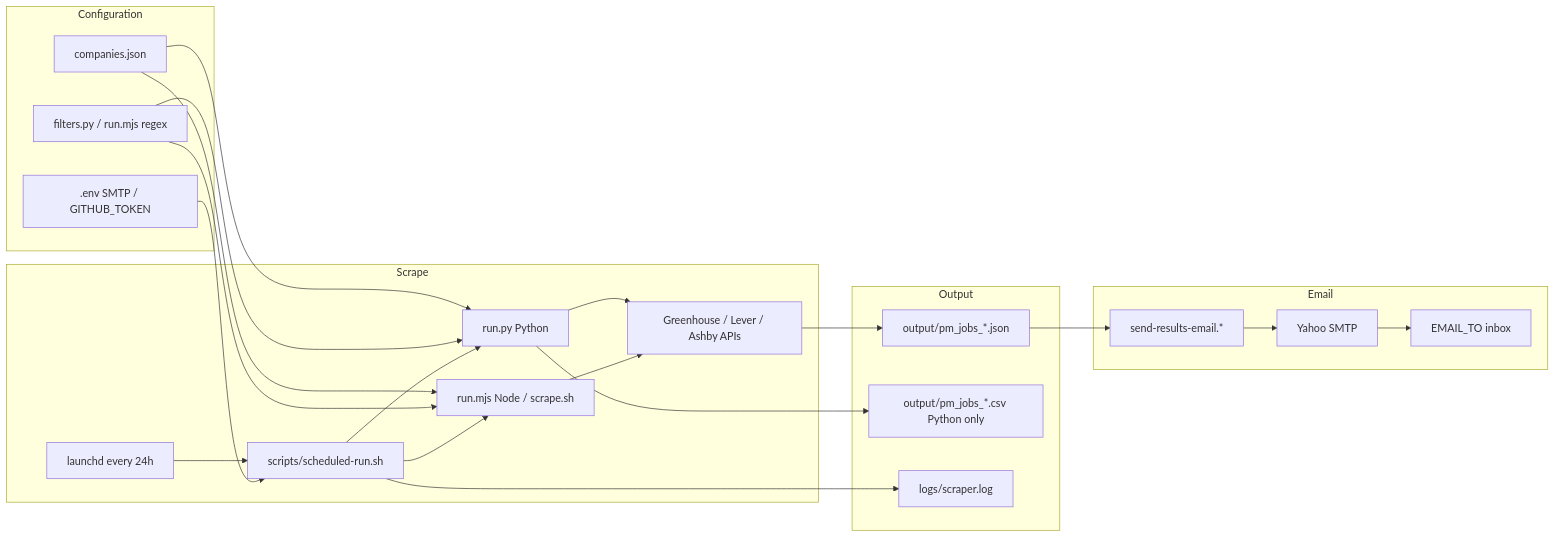
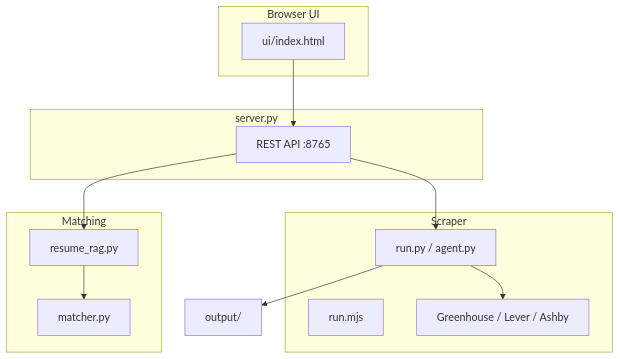
One commit to bchandran75/pm-jobs-scraper changed the diagram in README.md. Above: the diagram before and after it, drawn with Mermaid. The commit also changed other lines of this file, not shown here.

````diff
--- a/README.md
+++ b/README.md
@@ -17,44 +62,23 @@
 ```mermaid
-flowchart LR
-  subgraph config [Configuration]
-    CJ[companies.json]
-    ENV[.env SMTP / GITHUB_TOKEN]
-    FIL[filters.py / run.mjs regex]
+flowchart TB
+  subgraph ui [Browser UI]
+    HTML[ui/index.html]
   end
-
-  subgraph scrape [Scrape]
-    SCH[launchd every 24h]
-    SR[scripts/scheduled-run.sh]
-    PY[run.py Python]
-    ND[run.mjs Node / scrape.sh]
-    ATS[Greenhouse / Lever / Ashby APIs]
+  subgraph api [server.py]
+    REST[REST API :8765]
   end
-
-  subgraph output [Output]
-    OUT[output/pm_jobs_*.json]
-    CSV[output/pm_jobs_*.csv Python only]
-    LOG[logs/scraper.log]
+  subgraph scrape [Scraper]
+    PY[run.py / agent.py]
+    ND[run.mjs]
+    ATS[Greenhouse / Lever / Ashby]
   end
-
-  subgraph notify [Email]
-    EM[send-results-email.*]
-    SMTP[Yahoo SMTP]
-    INBOX[EMAIL_TO inbox]
+  subgraph match [Matching]
+    RAG[resume_rag.py]
+    MAT[matcher.py]
   end
-
-  CJ --> PY
-  CJ --> ND
-  FIL --> PY
-  FIL --> ND
-  SCH --> SR
-  SR --> PY
-  SR --> ND
+  HTML --> REST
+  REST --> PY
   PY --> ATS
-  ND --> ATS
-  ATS --> OUT
-  PY --> CSV
-  SR --> LOG
-  ENV --> SR
-  OUT --> EM
-  EM --> SMTP --> INBOX
+  REST --> RAG --> MAT
+  PY --> OUT[output/]
 ```
````
